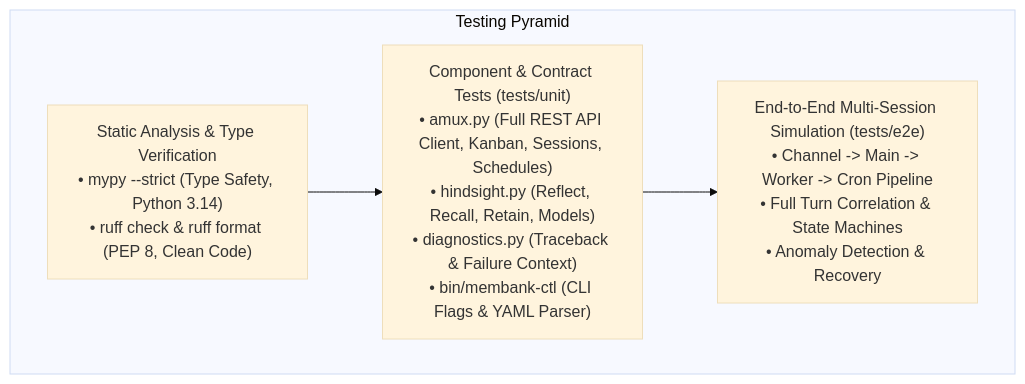
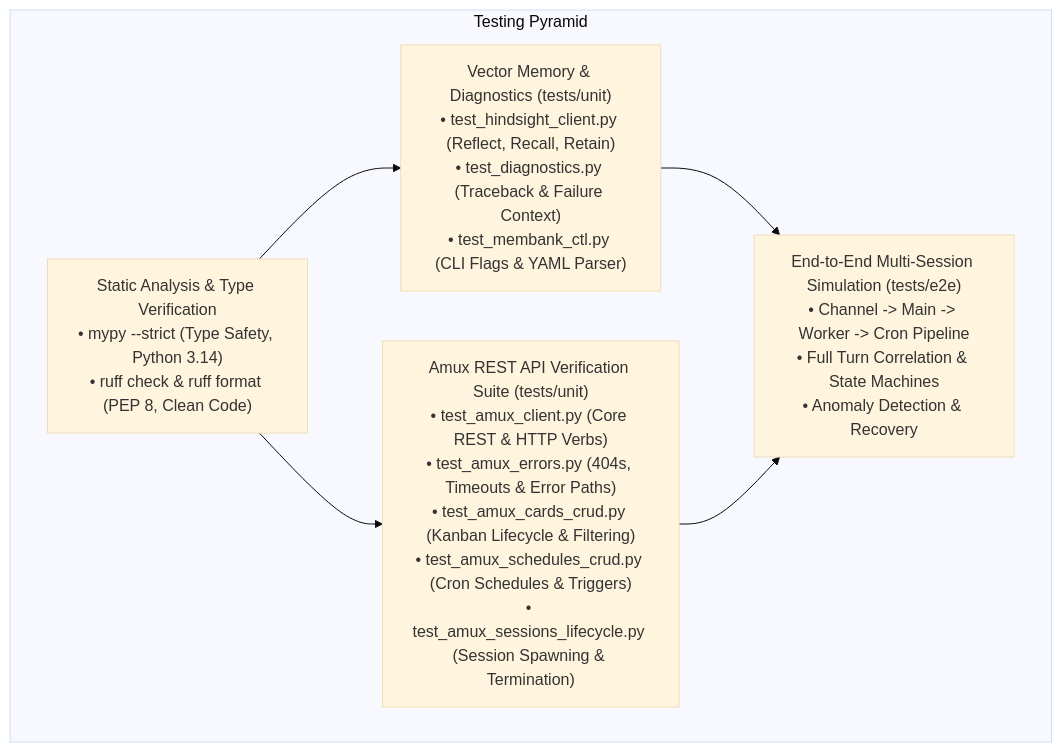
One commit to wuxxin/mypai changed the first of 2 diagrams in references/mypai-test.md. Above: the diagram before and after it, drawn with Mermaid (base theme). The commit also changed other lines of this file and 4 other files, not shown here.

First line of the commit message:
test(amux): expand unit test suite and documentation for all amux REST APIs

````diff
--- a/references/mypai-test.md
+++ b/references/mypai-test.md
@@ -11,11 +11,14 @@
 ```mermaid
 flowchart TD
     subgraph Layers["Testing Pyramid"]
         E2E["End-to-End Multi-Session Simulation (tests/e2e)<br/>• Channel -> Main -> Worker -> Cron Pipeline<br/>• Full Turn Correlation & State Machines<br/>• Anomaly Detection & Recovery"]
-        Component["Component & Contract Tests (tests/unit)<br/>• amux.py (Full REST API Client, Kanban, Sessions, Schedules)<br/>• hindsight.py (Reflect, Recall, Retain, Models)<br/>• diagnostics.py (Traceback & Failure Context)<br/>• bin/membank-ctl (CLI Flags & YAML Parser)"]
+        Amux["Amux REST API Verification Suite (tests/unit)<br/>• test_amux_client.py (Core REST & HTTP Verbs)<br/>• test_amux_errors.py (404s, Timeouts & Error Paths)<br/>• test_amux_cards_crud.py (Kanban Lifecycle & Filtering)<br/>• test_amux_schedules_crud.py (Cron Schedules & Triggers)<br/>• test_amux_sessions_lifecycle.py (Session Spawning & Termination)"]
+        Components["Vector Memory & Diagnostics (tests/unit)<br/>• test_hindsight_client.py (Reflect, Recall, Retain)<br/>• test_diagnostics.py (Traceback & Failure Context)<br/>• test_membank_ctl.py (CLI Flags & YAML Parser)"]
         Static["Static Analysis & Type Verification<br/>• mypy --strict (Type Safety, Python 3.14)<br/>• ruff check & ruff format (PEP 8, Clean Code)"]
     end
     
-    Static --> Component
-    Component --> E2E
+    Static --> Components
+    Static --> Amux
+    Components --> E2E
+    Amux --> E2E
 ```
````
